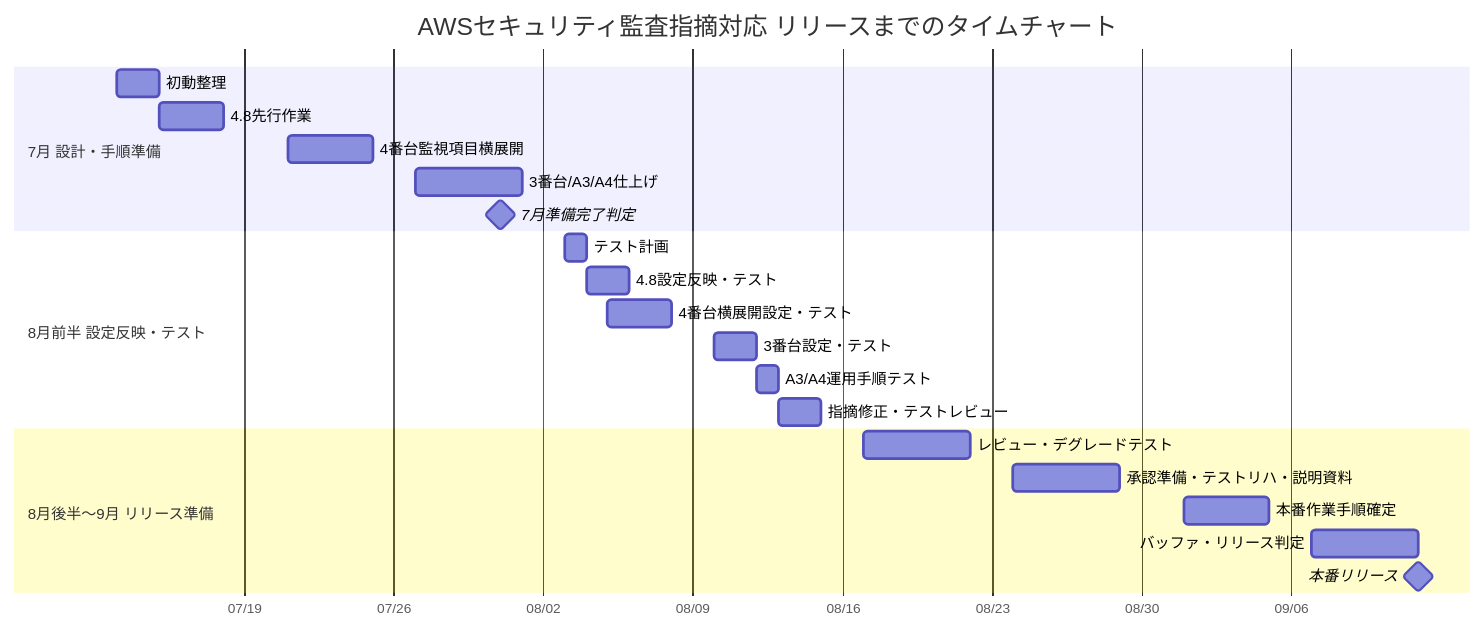
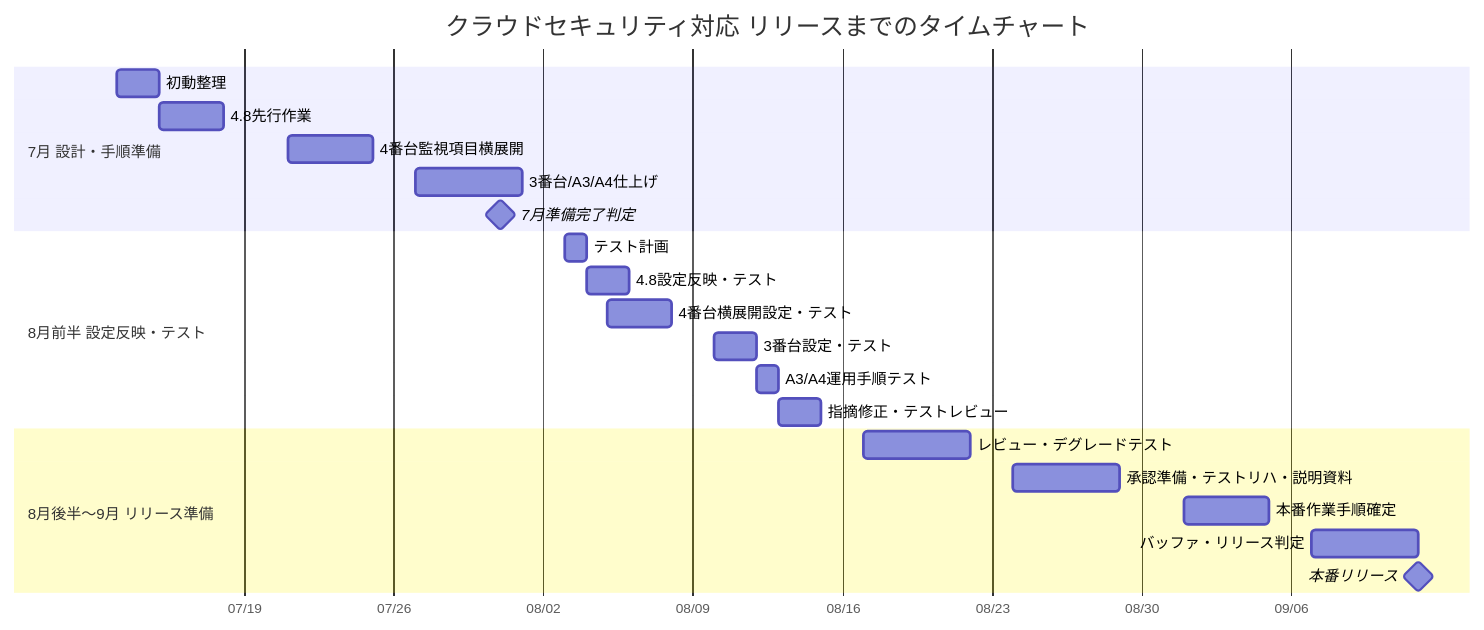
One commit to Nobu42/aws-reference changed the diagram in README.md. Above: the diagram before and after it, drawn with Mermaid. The commit also changed other lines of this file and 26 other files, not shown here.

````diff
--- a/README.md
+++ b/README.md
@@ -11,28 +9,28 @@
 ```mermaid
 gantt
-    title AWSセキュリティ監査指摘対応 リリースまでのタイムチャート
+    title クラウドセキュリティ対応 リリースまでのタイムチャート
     dateFormat  YYYY-MM-DD
     axisFormat  %m/%d
 
     section 7月 設計・手順準備
     初動整理                         :a1, 2026-07-13, 2d
     4.8先行作業                      :a2, 2026-07-15, 3d
     4番台監視項目横展開              :a3, 2026-07-21, 4d
     3番台/A3/A4仕上げ                :a4, 2026-07-27, 5d
     7月準備完了判定                  :milestone, a5, 2026-07-31, 0d
 
     section 8月前半 設定反映・テスト
     テスト計画                       :b1, 2026-08-03, 1d
     4.8設定反映・テスト              :b2, 2026-08-04, 2d
     4番台横展開設定・テスト          :b3, 2026-08-05, 3d
     3番台設定・テスト                :b4, 2026-08-10, 2d
     A3/A4運用手順テスト              :b5, 2026-08-12, 1d
     指摘修正・テストレビュー         :b6, 2026-08-13, 2d
 
     section 8月後半〜9月 リリース準備
     レビュー・デグレードテスト       :c1, 2026-08-17, 5d
     承認準備・テストリハ・説明資料   :c2, 2026-08-24, 5d
     本番作業手順確定                 :c3, 2026-09-01, 4d
     バッファ・リリース判定           :c4, 2026-09-07, 5d
     本番リリース                     :milestone, c5, 2026-09-12, 0d
 ```
````
